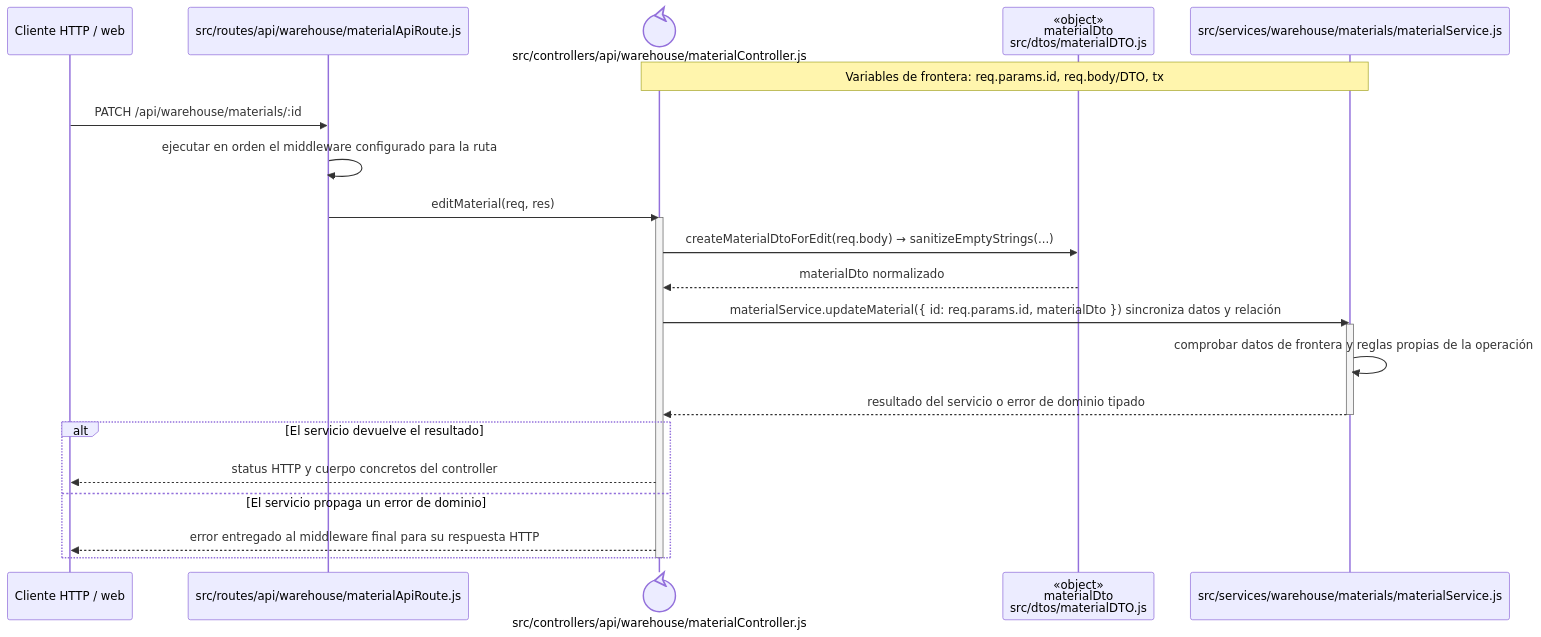
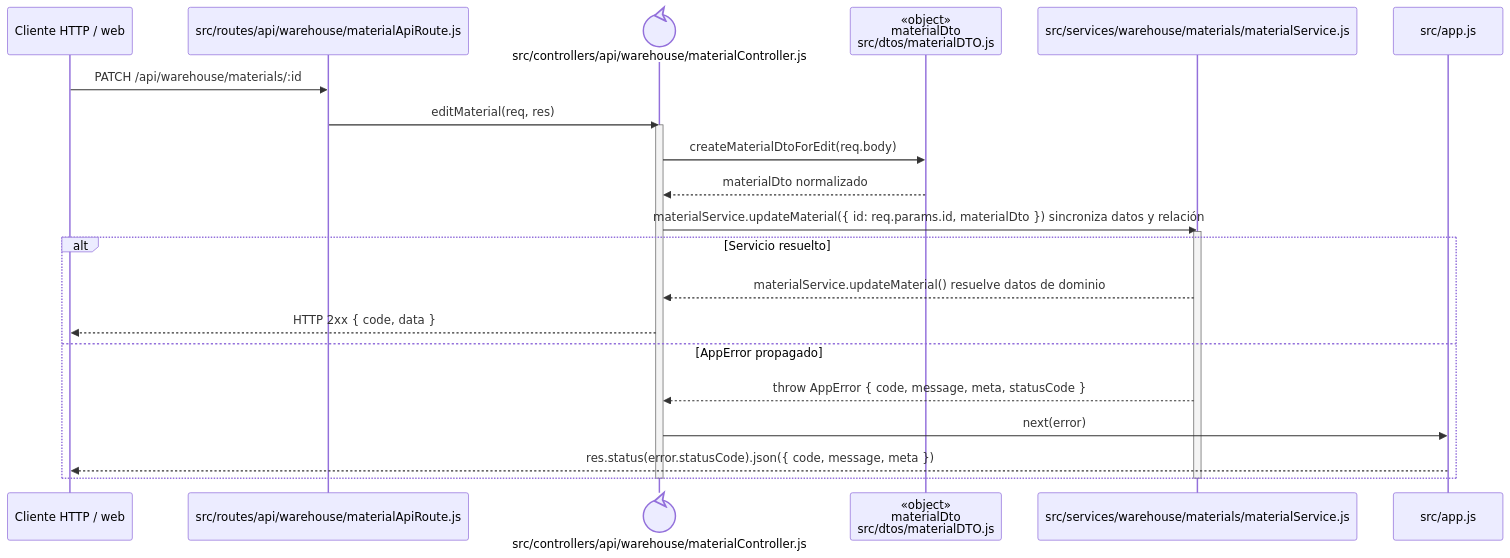
Before and after one commit to gpgsistemas01/nexus: the diagram in docs/architecture/backend-code-sequences/catalogs/cu-alm-03.md, drawn with Mermaid. The commit also changed 148 other files, not shown here.

````diff
--- a/docs/architecture/backend-code-sequences/catalogs/cu-alm-03.md
+++ b/docs/architecture/backend-code-sequences/catalogs/cu-alm-03.md
@@ -6,27 +6,27 @@
 ```mermaid
 sequenceDiagram
     participant Client as Cliente HTTP / web
     participant Route as src/routes/api/warehouse/materialApiRoute.js
     participant Controller@{ "type": "control" } as src/controllers/api/warehouse/materialController.js
     participant MaterialDto as «object»<br/>materialDto<br/>src/dtos/materialDTO.js
     participant Domain as src/services/warehouse/materials/materialService.js
-    Note over Controller,Domain: Variables de frontera: req.params.id, req.body/DTO, tx
+    participant ErrorHandler as src/app.js
 
     Client->>Route: PATCH /api/warehouse/materials/:id
-    Route->>Route: ejecutar en orden el middleware configurado para la ruta
     Route->>Controller: editMaterial(req, res)
     activate Controller
-    Controller->>MaterialDto: createMaterialDtoForEdit(req.body) → sanitizeEmptyStrings(...)
+    Controller->>MaterialDto: createMaterialDtoForEdit(req.body)
     MaterialDto-->>Controller: materialDto normalizado
     Controller->>Domain: materialService.updateMaterial({ id: req.params.id, materialDto }) sincroniza datos y relación
     activate Domain
-    Domain->>Domain: comprobar datos de frontera y reglas propias de la operación
-    Domain-->>Controller: resultado del servicio o error de dominio tipado
+    alt Servicio resuelto
+        Domain-->>Controller: materialService.updateMaterial() resuelve datos de dominio
+        Controller-->>Client: HTTP 2xx { code, data }
+    else AppError propagado
+        Domain-->>Controller: throw AppError { code, message, meta, statusCode }
+        Controller->>ErrorHandler: next(error)
+        ErrorHandler-->>Client: res.status(error.statusCode).json({ code, message, meta })
+    end
     deactivate Domain
-    alt El servicio devuelve el resultado
-        Controller-->>Client: status HTTP y cuerpo concretos del controller
-    else El servicio propaga un error de dominio
-        Controller-->>Client: error entregado al middleware final para su respuesta HTTP
-    end
     deactivate Controller
 ```
````
